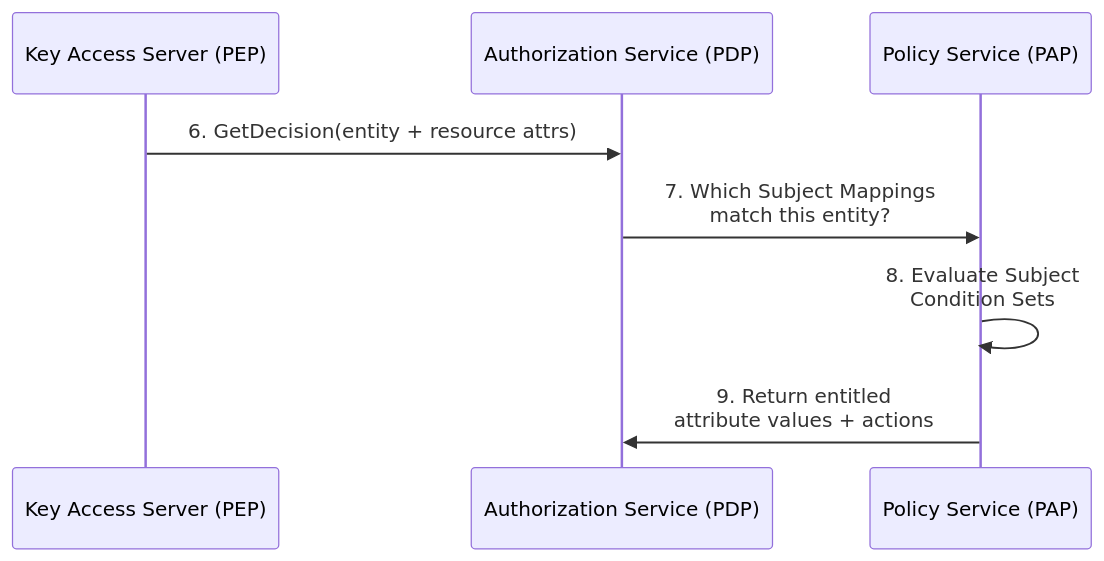
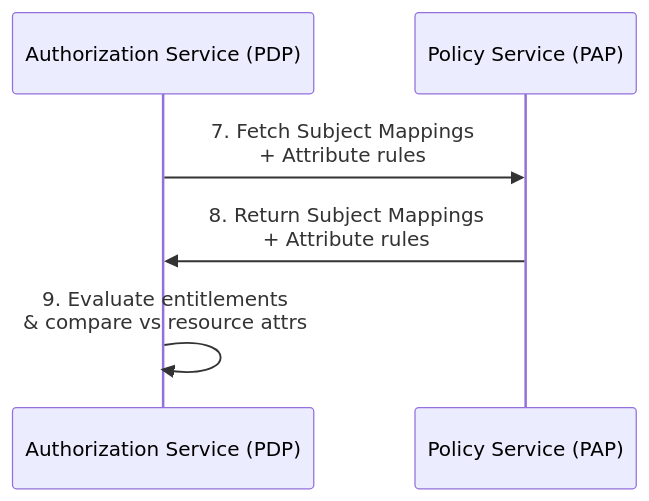
One commit to opentdf/docs changed the fourth of 5 diagrams in docs/guides/subject-mapping-guide.md. Above: the diagram before and after it, drawn with Mermaid. The commit also changed other lines of this file, not shown here.

First line of the commit message:
fix: address review feedback on subject mapping guide

````diff
--- a/docs/guides/subject-mapping-guide.md
+++ b/docs/guides/subject-mapping-guide.md
@@ -170,11 +171,9 @@
 ```mermaid
 sequenceDiagram
-    participant KAS as Key Access Server (PEP)
     participant Auth as Authorization Service (PDP)
     participant Policy as Policy Service (PAP)
 
-    KAS->>Auth: 6. GetDecision(entity + resource attrs)
-    Auth->>Policy: 7. Which Subject Mappings<br/>match this entity?
-    Policy->>Policy: 8. Evaluate Subject<br/>Condition Sets
-    Policy->>Auth: 9. Return entitled<br/>attribute values + actions
+    Auth->>Policy: 7. Fetch Subject Mappings<br/>+ Attribute rules
+    Policy->>Auth: 8. Return Subject Mappings<br/>+ Attribute rules
+    Auth->>Auth: 9. Evaluate entitlements<br/>& compare vs resource attrs
 ```
````
